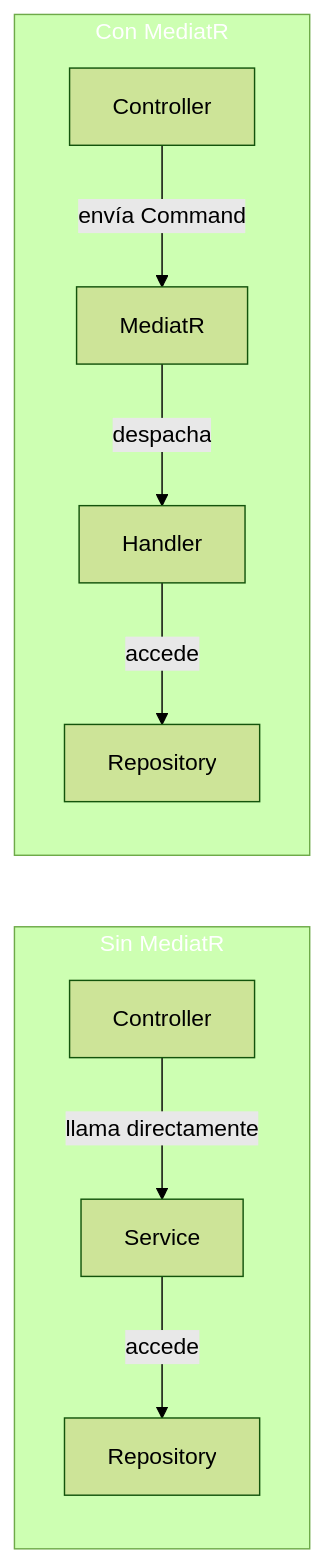
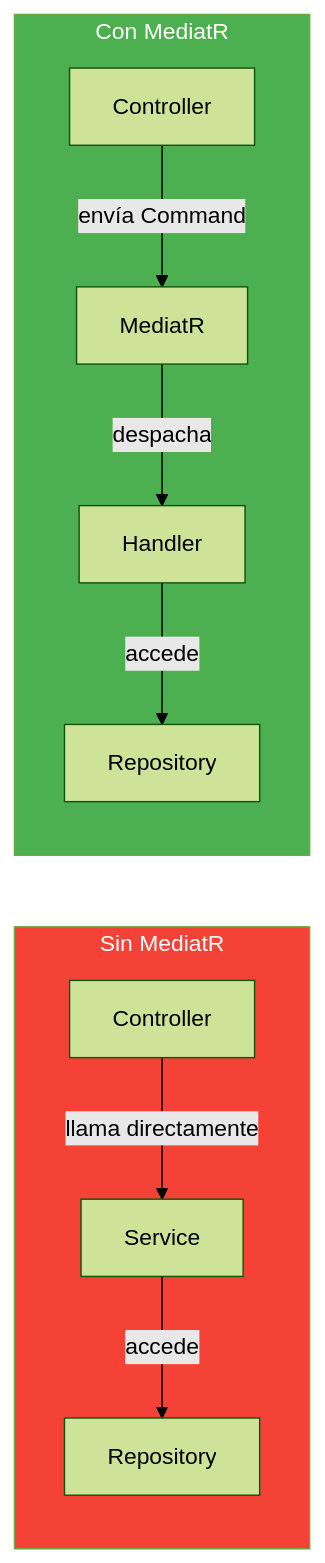
Before and after one commit to joseluisgs/DesarrolloWebEntornosServidor-02-2026-2027: diagram 22 of 24 in 30-cqrs-mediator.md, drawn with Mermaid (forest theme). The commit also changed other lines of this file and 29 other files, not shown here.

Commit message:
docs: corregir estilos Mermaid y estilo, quitar referencias a la Tienda y reestructurar los retos 13 y 15

````diff
--- a/30-cqrs-mediator.md
+++ b/30-cqrs-mediator.md
@@ -1224,16 +1224,16 @@
 ```mermaid
 flowchart LR
     subgraph TRADICIONAL["Sin MediatR"]
         A[Controller] -->|llama directamente| B[Service]
         B -->|accede| C[Repository]
     end
 
     subgraph CON_MEDIATR["Con MediatR"]
         D[Controller] -->|envía Command| E[MediatR]
         E -->|despacha| F[Handler]
         F -->|accede| G[Repository]
     end
 
-    style TRADICIONAL fill:#f4433,color:#fff6,color:#fff
-    style CON_MEDIATR fill:#4CAF5,color:#fff0,color:#fff
+    style TRADICIONAL fill:#f44336,color:#fff
+    style CON_MEDIATR fill:#4CAF50,color:#fff
 ```
````
